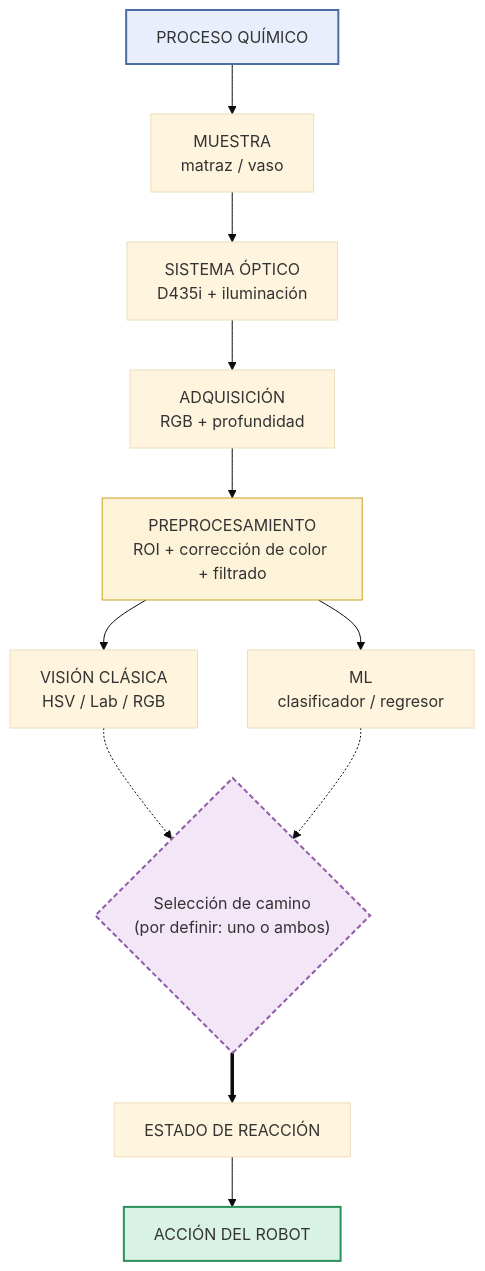
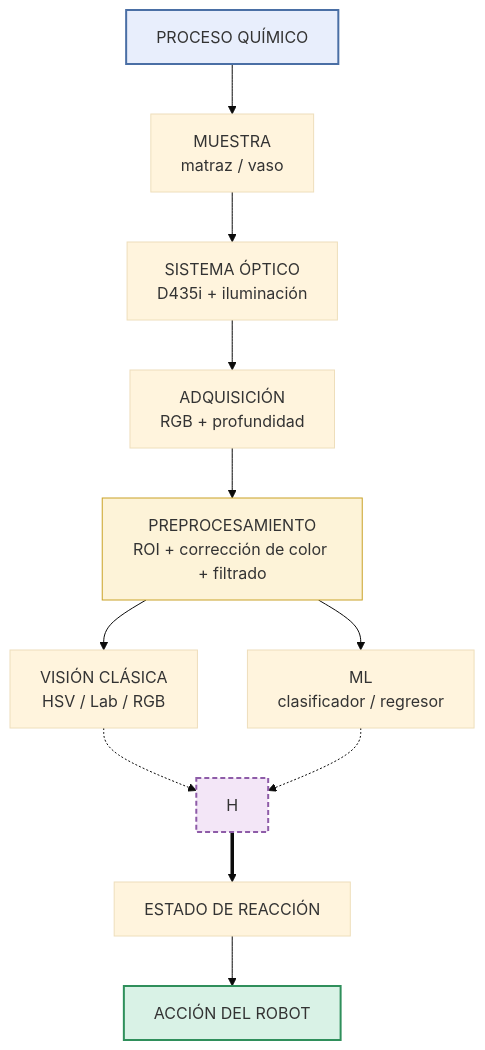
Before and after one commit to cerino-115/Diagramas: the fourth of 4 diagrams in README.md, drawn with Mermaid (base theme).

Commit message:
Fix diagram connection in README.md

````diff
--- a/README.md
+++ b/README.md
@@ -40,22 +40,22 @@
 ```mermaid  
 flowchart TD
     A[PROCESO QUÍMICO] --> B[MUESTRA<br/>matraz / vaso]
     B --> C["SISTEMA ÓPTICO<br/>D435i + iluminación"]
     C --> D["ADQUISICIÓN<br/>RGB + profundidad"]
     D --> E["PREPROCESAMIENTO<br/>ROI + corrección de color + filtrado"]
 
     E --> F["VISIÓN CLÁSICA<br/>HSV / Lab / RGB"]
     E --> G["ML<br/>clasificador / regresor"]
 
-    F -.-> H{"Selección de camino<br/>(por definir: uno o ambos)"}
+    F -.-> H
     G -.-> H
 
     H ==> I[ESTADO DE REACCIÓN]
     I --> J[ACCIÓN DEL ROBOT]
 
     style A fill:#e8eefc,stroke:#4a6fa5,stroke-width:2px
     style E fill:#fdf3d8,stroke:#c9a227
     style H fill:#f3e6f7,stroke:#8e5ca8,stroke-width:2px,stroke-dasharray: 5 3
     style J fill:#d9f2e6,stroke:#2f8f5b,stroke-width:2px
 
 ```
````
